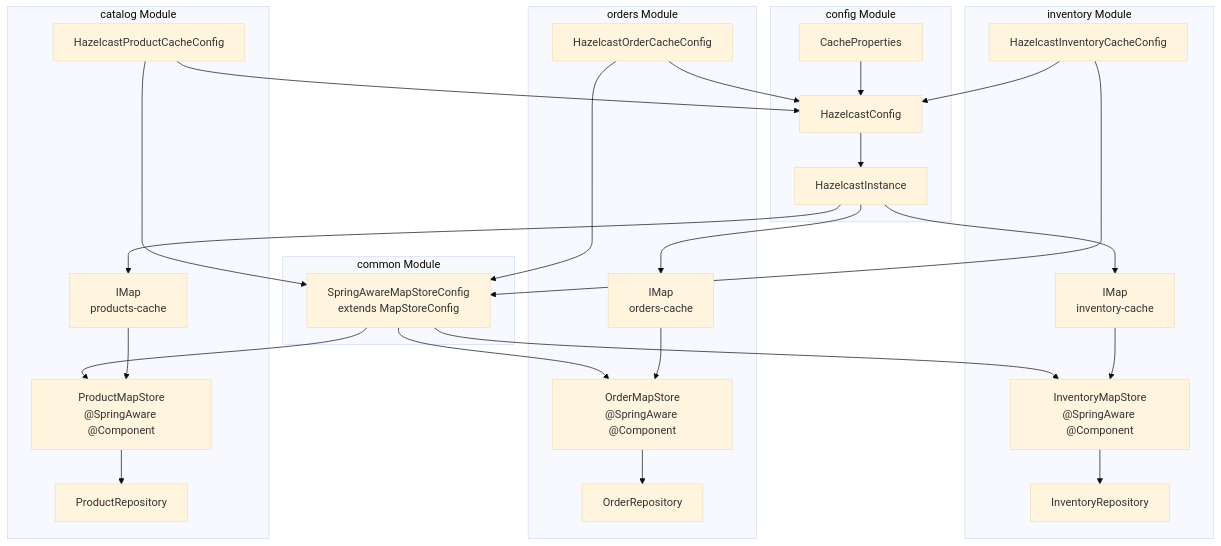
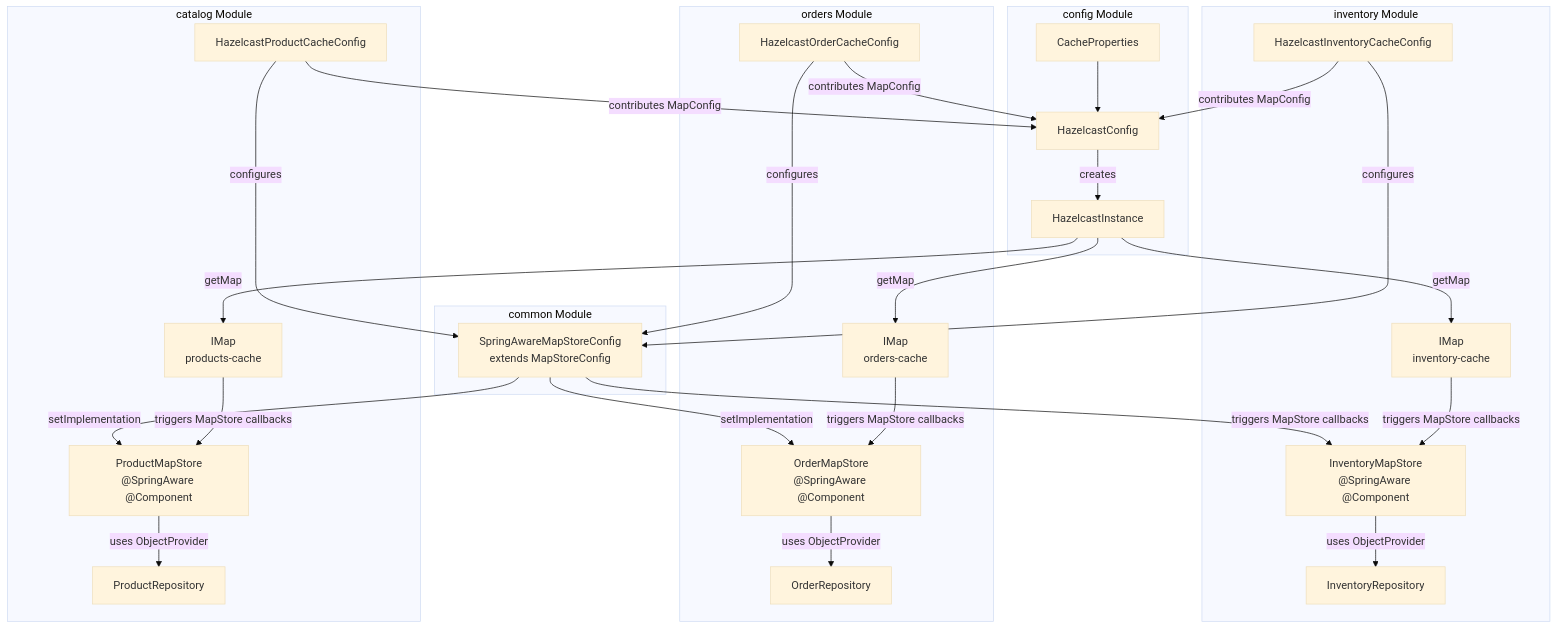
Before and after one commit to philipz/spring-modular-monolith: the second of 6 diagrams in docs/deepwiki/MapStore-Write-Through-Pattern.md, drawn with Mermaid (base theme). The commit also changed other lines of this file and 55 other files, not shown here.

````diff
--- a/docs/deepwiki/MapStore-Write-Through-Pattern.md
+++ b/docs/deepwiki/MapStore-Write-Through-Pattern.md
@@ -102,72 +102,72 @@
 ```mermaid
 flowchart TD
 
 HZConfig["HazelcastConfig"]
 CacheProps["CacheProperties"]
 HZInstance["HazelcastInstance"]
 ProductMapConfig["HazelcastProductCacheConfig"]
 ProductMapStore["ProductMapStore<br>@SpringAware @Component"]
 ProductRepo["ProductRepository"]
 ProductCache["IMap<br>products-cache"]
 OrderMapConfig["HazelcastOrderCacheConfig"]
 OrderMapStore["OrderMapStore<br>@SpringAware @Component"]
 OrderRepo["OrderRepository"]
 OrderCache["IMap<br>orders-cache"]
 InventoryMapConfig["HazelcastInventoryCacheConfig"]
 InventoryMapStore["InventoryMapStore<br>@SpringAware @Component"]
 InventoryRepo["InventoryRepository"]
 InventoryCache["IMap<br>inventory-cache"]
 SpringAwareConfig["SpringAwareMapStoreConfig<br>extends MapStoreConfig"]
 
-ProductMapConfig --> HZConfig
-OrderMapConfig --> HZConfig
-InventoryMapConfig --> HZConfig
-ProductMapConfig --> SpringAwareConfig
-OrderMapConfig --> SpringAwareConfig
-InventoryMapConfig --> SpringAwareConfig
-SpringAwareConfig --> ProductMapStore
-SpringAwareConfig --> OrderMapStore
-SpringAwareConfig --> InventoryMapStore
-HZInstance --> ProductCache
-HZInstance --> OrderCache
-HZInstance --> InventoryCache
+ProductMapConfig -->|"contributes MapConfig"| HZConfig
+OrderMapConfig -->|"contributes MapConfig"| HZConfig
+InventoryMapConfig -->|"contributes MapConfig"| HZConfig
+ProductMapConfig -->|"configures"| SpringAwareConfig
+OrderMapConfig -->|"configures"| SpringAwareConfig
+InventoryMapConfig -->|"configures"| SpringAwareConfig
+SpringAwareConfig -->|"setImplementation"| ProductMapStore
+SpringAwareConfig -->|"setImplementation"| OrderMapStore
+SpringAwareConfig -->|"triggers MapStore callbacks"| InventoryMapStore
+HZInstance -->|"getMap"| ProductCache
+HZInstance -->|"getMap"| OrderCache
+HZInstance -->|"getMap"| InventoryCache
 
 subgraph subGraph4 ["common Module"]
     SpringAwareConfig
 end
 
 subgraph subGraph3 ["inventory Module"]
     InventoryMapConfig
     InventoryMapStore
     InventoryRepo
     InventoryCache
-    InventoryMapStore --> InventoryRepo
-    InventoryCache --> InventoryMapStore
+    InventoryMapStore -->|"uses ObjectProvider"| InventoryRepo
+    InventoryCache -->|"triggers MapStore callbacks"| InventoryMapStore
 end
 
 subgraph subGraph2 ["orders Module"]
     OrderMapConfig
     OrderMapStore
     OrderRepo
     OrderCache
-    OrderMapStore --> OrderRepo
-    OrderCache --> OrderMapStore
+    OrderMapStore -->|"uses ObjectProvider"| OrderRepo
+    OrderCache -->|"triggers MapStore callbacks"| OrderMapStore
 end
 
 subgraph subGraph1 ["catalog Module"]
     ProductMapConfig
     ProductMapStore
     ProductRepo
     ProductCache
-    ProductMapStore --> ProductRepo
-    ProductCache --> ProductMapStore
+    ProductMapStore -->|"uses ObjectProvider"| ProductRepo
+    ProductCache -->|"triggers MapStore callbacks"| ProductMapStore
 end
 
 subgraph subGraph0 ["config Module"]
     HZConfig
     CacheProps
     HZInstance
     CacheProps --> HZConfig
-    HZConfig --> HZInstance
+    HZConfig -->|"creates"| HZInstance
 end
 ```
````
